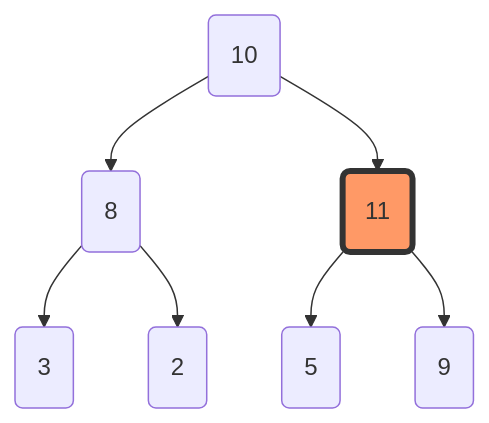
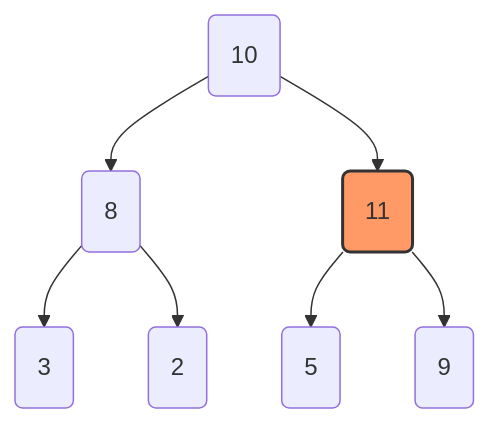
The fifth of 13 diagrams in _posts/2018-08-19-heap.md (jxx123/jxx123.github.io), drawn with Mermaid before and after one commit. The commit also changed other lines of this file and 2 other files, not shown here.

````diff
--- a/_posts/2018-08-19-heap.md
+++ b/_posts/2018-08-19-heap.md
@@ -67,12 +67,12 @@
   ```mermaid
   graph TD
     A(10) --> B(8)
     A --> C(11)
     B --> D(3)
     B --> E(2)
     C --> F(5)
     C --> G(9)
 
-    classDef orange fill:#f96,stroke:#333,stroke-width:4px;
+    classDef orange fill:#f96,stroke:#333,stroke-width:2px;
     class C orange
   ```
````
